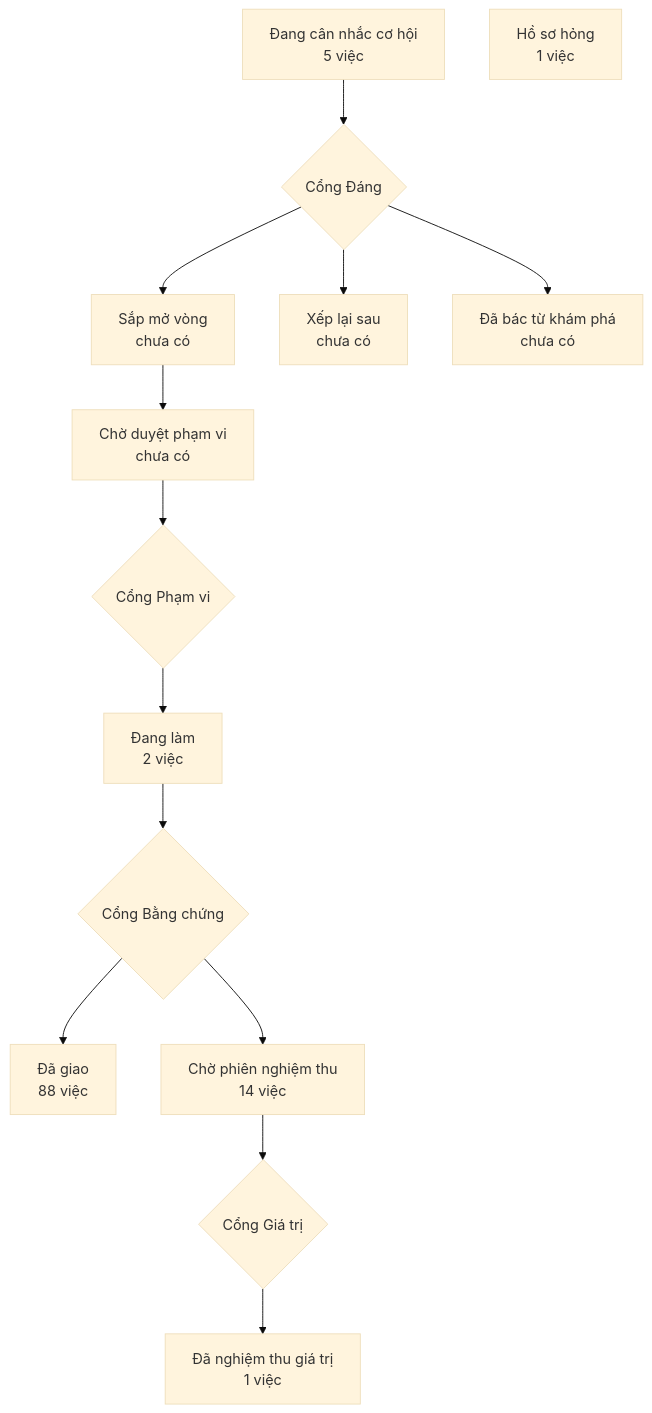
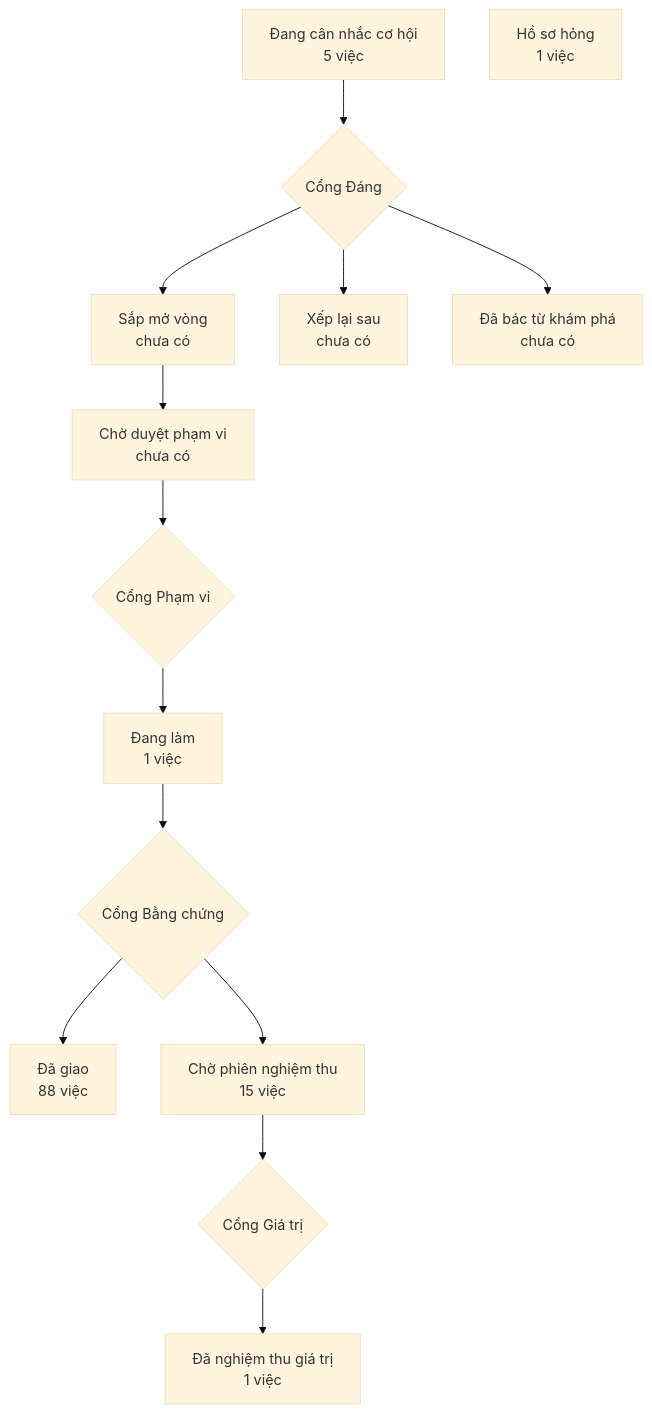
Before and after one commit to phanlemanh/crm-onehub: the diagram in PRODUCT-MAP.md, drawn with Mermaid (base theme). The commit also changed 3 other files, not shown here.

````diff
--- a/PRODUCT-MAP.md
+++ b/PRODUCT-MAP.md
@@ -6,13 +6,13 @@
 ```mermaid
 flowchart TD
   A["Đang cân nhắc cơ hội<br/>5 việc"] --> GD{"Cổng Đáng"}
   GD --> B["Sắp mở vòng<br/>chưa có"]
   GD --> XL["Xếp lại sau<br/>chưa có"]
   GD --> DB["Đã bác từ khám phá<br/>chưa có"]
   B --> CD["Chờ duyệt phạm vi<br/>chưa có"] --> GP{"Cổng Phạm vi"}
-  GP --> DL["Đang làm<br/>2 việc"] --> GB{"Cổng Bằng chứng"}
+  GP --> DL["Đang làm<br/>1 việc"] --> GB{"Cổng Bằng chứng"}
   GB --> DG["Đã giao<br/>88 việc"]
-  GB --> CN["Chờ phiên nghiệm thu<br/>14 việc"] --> GG{"Cổng Giá trị"}
+  GB --> CN["Chờ phiên nghiệm thu<br/>15 việc"] --> GG{"Cổng Giá trị"}
   GG --> NT["Đã nghiệm thu giá trị<br/>1 việc"]
   HS["Hồ sơ hỏng<br/>1 việc"]
 ```
````
